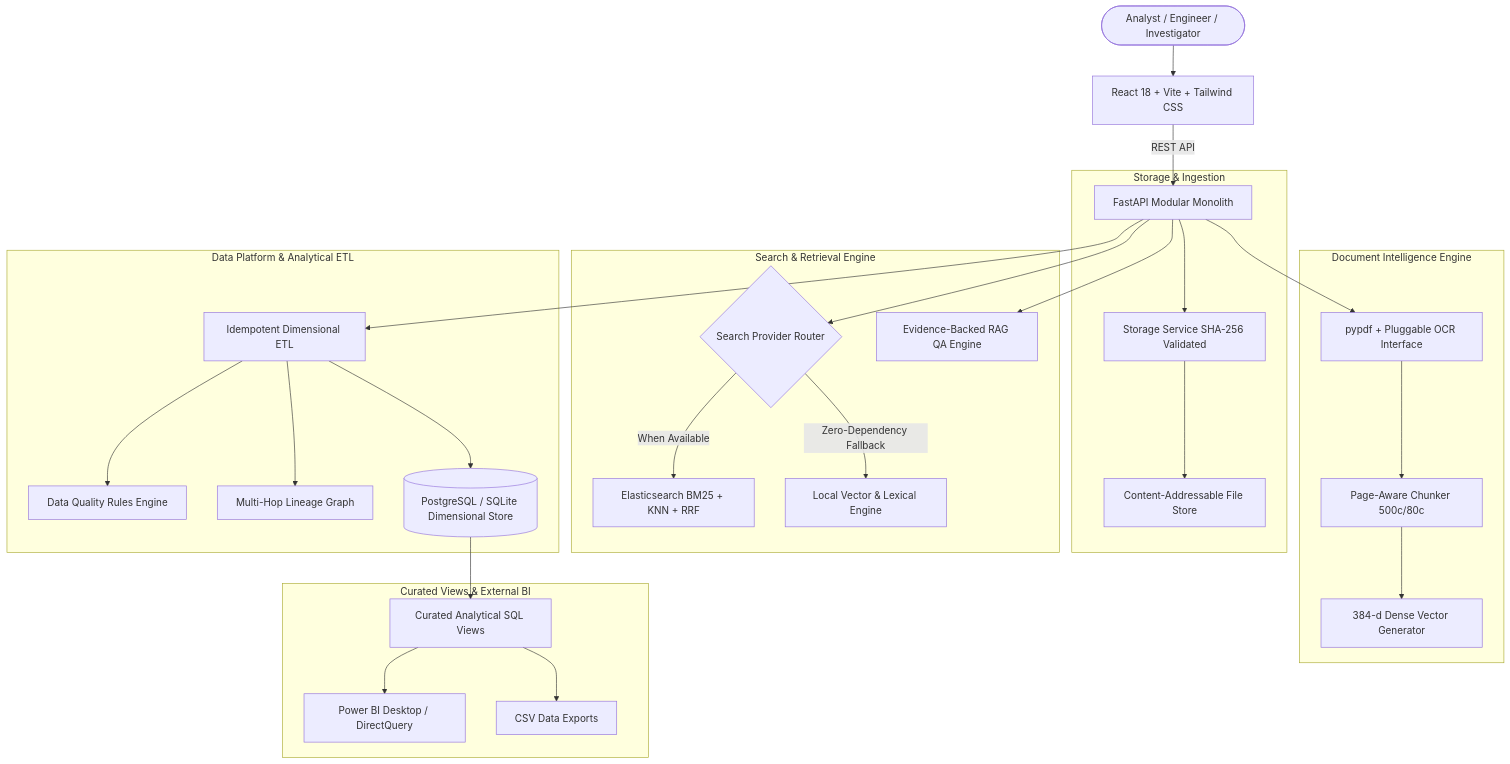
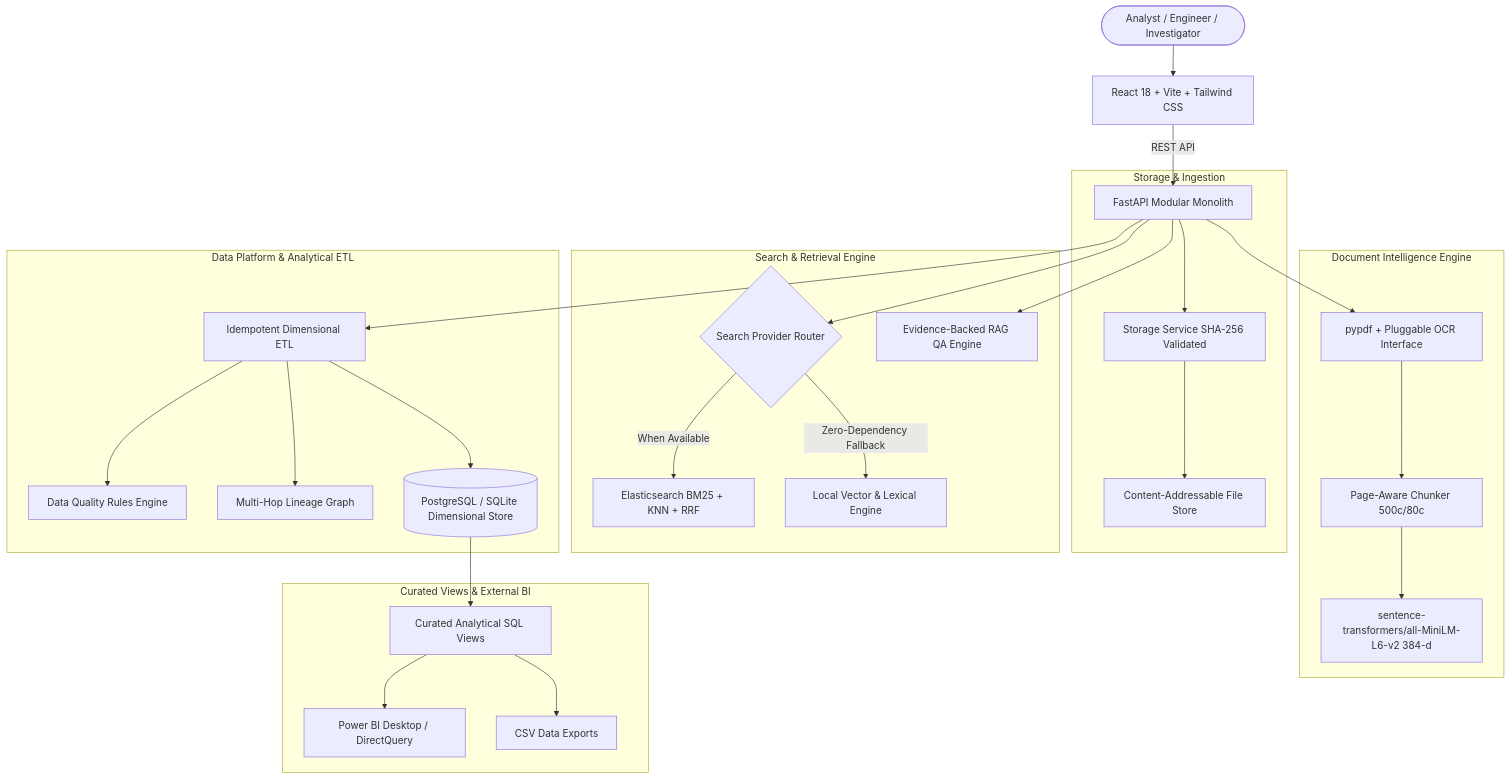
Before and after one commit to harshitxmishra/DataNexus: the first of 3 diagrams in docs/ARCHITECTURE.md, drawn with Mermaid. The commit also changed other lines of this file and 19 other files, not shown here.

Commit message:
feat(embeddings): implement pretrained all-MiniLM-L6-v2 neural embeddings, representation versioning, and retrieval evaluation

````diff
--- a/docs/ARCHITECTURE.md
+++ b/docs/ARCHITECTURE.md
@@ -20,36 +20,36 @@
 ```mermaid
 graph TD
     User([Analyst / Engineer / Investigator]) --> Frontend[React 18 + Vite + Tailwind CSS]
     Frontend -->|REST API| Backend[FastAPI Modular Monolith]
     
     subgraph Storage & Ingestion
         Backend --> StorageService[Storage Service SHA-256 Validated]
         StorageService --> LocalFiles[Content-Addressable File Store]
     end
 
     subgraph Document Intelligence Engine
         Backend --> ExtractionService[pypdf + Pluggable OCR Interface]
         ExtractionService --> Chunker[Page-Aware Chunker 500c/80c]
-        Chunker --> EmbeddingService[384-d Dense Vector Generator]
+        Chunker --> EmbeddingService[sentence-transformers/all-MiniLM-L6-v2 384-d]
     end
 
     subgraph Search & Retrieval Engine
         Backend --> SearchRouter{Search Provider Router}
         SearchRouter -->|When Available| ES[Elasticsearch BM25 + KNN + RRF]
         SearchRouter -->|Zero-Dependency Fallback| LocalSearch[Local Vector & Lexical Engine]
         Backend --> QAService[Evidence-Backed RAG QA Engine]
     end
 
     subgraph Data Platform & Analytical ETL
         Backend --> PipelineService[Idempotent Dimensional ETL]
         PipelineService --> QualityService[Data Quality Rules Engine]
         PipelineService --> LineageService[Multi-Hop Lineage Graph]
         PipelineService --> StarSchema[(PostgreSQL / SQLite Dimensional Store)]
     end
 
     subgraph Curated Views & External BI
         StarSchema --> Views[Curated Analytical SQL Views]
         Views --> PowerBI[Power BI Desktop / DirectQuery]
         Views --> CSVExports[CSV Data Exports]
     end
 ```
````
